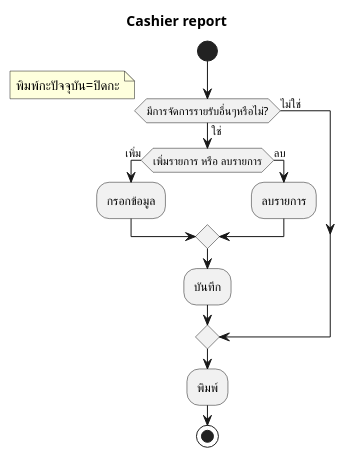
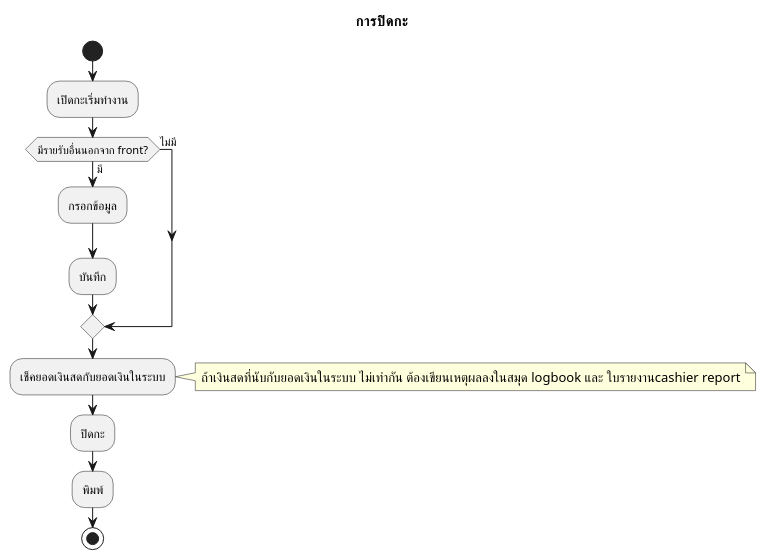
One commit to cheat13/Prompiman_Diagram changed the diagram in activity-diagram/Management/Cashier_report.md. Above: the diagram before and after it, drawn with PlantUML. The commit also changed 19 other files, not shown here.

```diff
--- a/activity-diagram/Management/Cashier_report.md
+++ b/activity-diagram/Management/Cashier_report.md
@@ -1,24 +1,20 @@
 @startuml
 start
 
-title Cashier report
+title การปิดกะ
+:เปิดกะเริ่มทำงาน;
+if (มีรายรับอื่นนอกจาก front?) then (มี)
 
-if (มีการจัดการรายรับอื่นๆหรือไม่?) then (ใช่)
-
-if (เพิ่มรายการ หรือ ลบรายการ) then (เพิ่ม)
 :กรอกข้อมูล;
-else(ลบ)
-:ลบรายการ;
-endif
 :บันทึก;
 
-else (ไม่ใช่)
+else (ไม่มี)
+endif
+:เช็คยอดเงินสดกับยอดเงินในระบบ;
 note right
-พิมพ์กะปัจจุบัน=ปิดกะ
+ถ้าเงินสดที่นับกับยอดเงินในระบบ ไม่เท่ากัน ต้องเขียนเหตุผลลงในสมุด logbook และ ใบรายงานcashier report
 end note
-endif
+:ปิดกะ;
 :พิมพ์;
-
-
 stop
 @enduml
```
